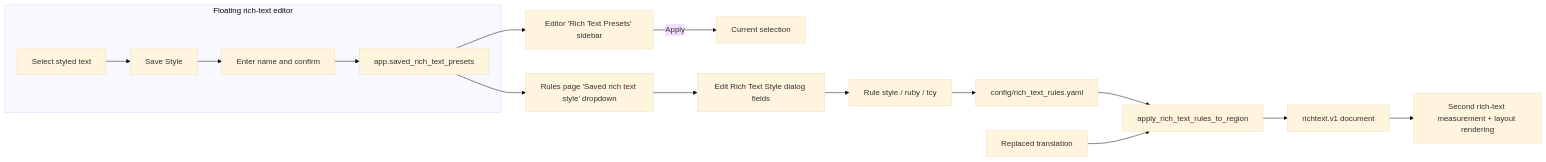
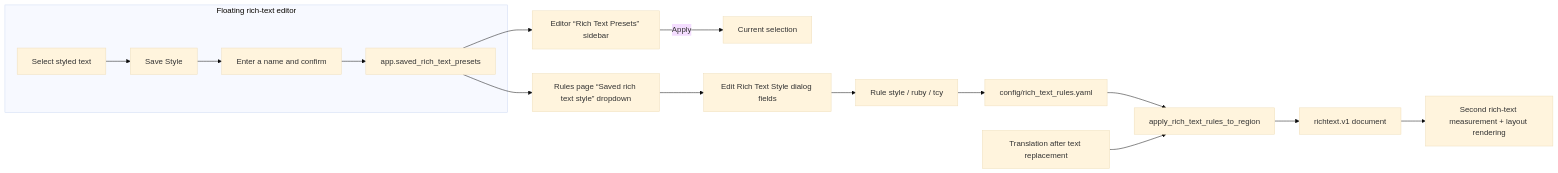
The diagram in doc/wiki/en/desktop/rich-text-rules/styles-and-presets.md (hgmzhn/manga-translator-ui), drawn with Mermaid (base theme) before and after one commit. The commit also changed other lines of this file and 252 other files, not shown here.

````diff
--- a/doc/wiki/en/desktop/rich-text-rules/styles-and-presets.md
+++ b/doc/wiki/en/desktop/rich-text-rules/styles-and-presets.md
@@ -295,18 +131,18 @@
 ```mermaid
 flowchart LR
     subgraph Editor["Floating rich-text editor"]
         E1["Select styled text"] --> E2["Save Style"]
-        E2 --> E3["Enter name and confirm"]
+        E2 --> E3["Enter a name and confirm"]
         E3 --> P["app.saved_rich_text_presets"]
     end
-    P --> R1["Rules page 'Saved rich text style' dropdown"]
-    P --> E4["Editor 'Rich Text Presets' sidebar"]
+    P --> R1["Rules page “Saved rich text style” dropdown"]
+    P --> E4["Editor “Rich Text Presets” sidebar"]
     E4 -->|"Apply"| E5["Current selection"]
     R1 --> R2["Edit Rich Text Style dialog fields"]
     R2 --> R3["Rule style / ruby / tcy"]
     R3 --> F["config/rich_text_rules.yaml"]
     F --> A["apply_rich_text_rules_to_region"]
-    T["Replaced translation"] --> A
+    T["Translation after text replacement"] --> A
     A --> D["richtext.v1 document"]
     D --> M["Second rich-text measurement + layout rendering"]
 ```
````
